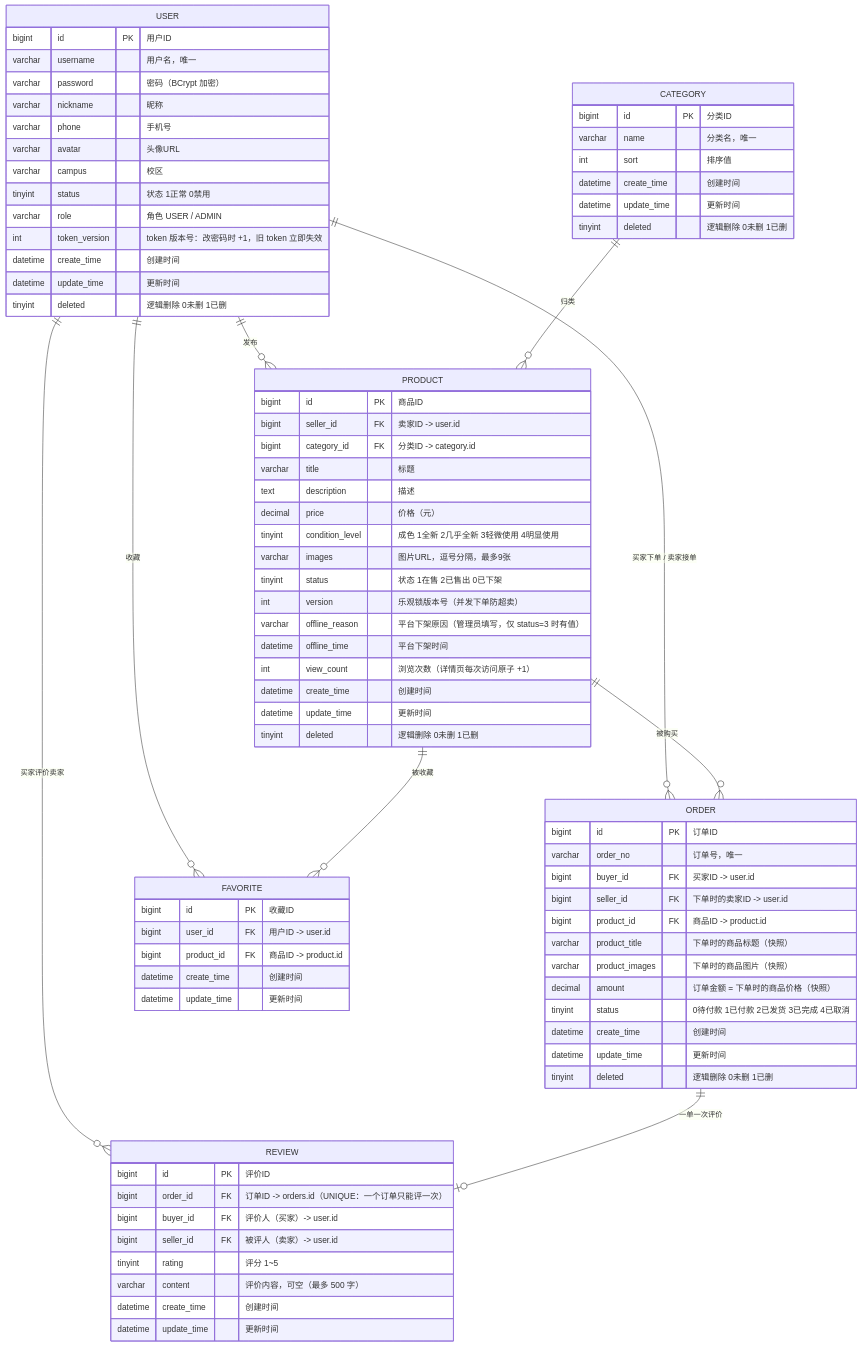
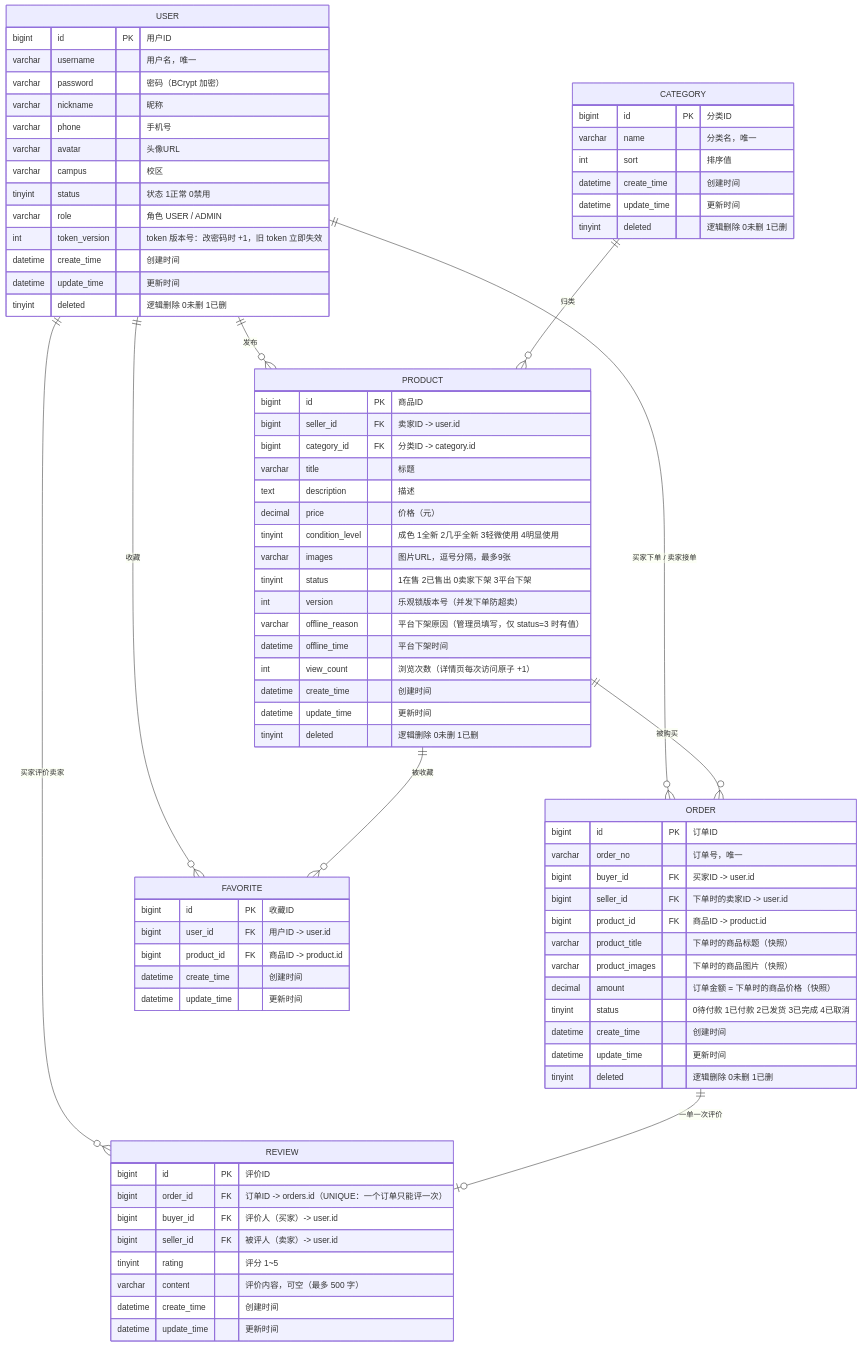
The diagram in docs/er-diagram.md (caijj9/CampusMart), drawn with Mermaid before and after one commit. The commit also changed 3 other files, not shown here.

```diff
--- a/docs/er-diagram.md
+++ b/docs/er-diagram.md
@@ -47,7 +47,7 @@
         decimal  price              "价格（元）"
         tinyint  condition_level    "成色 1全新 2几乎全新 3轻微使用 4明显使用"
         varchar  images             "图片URL，逗号分隔，最多9张"
-        tinyint  status             "状态 1在售 2已售出 0已下架"
+        tinyint  status             "1在售 2已售出 0卖家下架 3平台下架"
         int      version            "乐观锁版本号（并发下单防超卖）"
         varchar  offline_reason     "平台下架原因（管理员填写，仅 status=3 时有值）"
         datetime offline_time       "平台下架时间"
```
